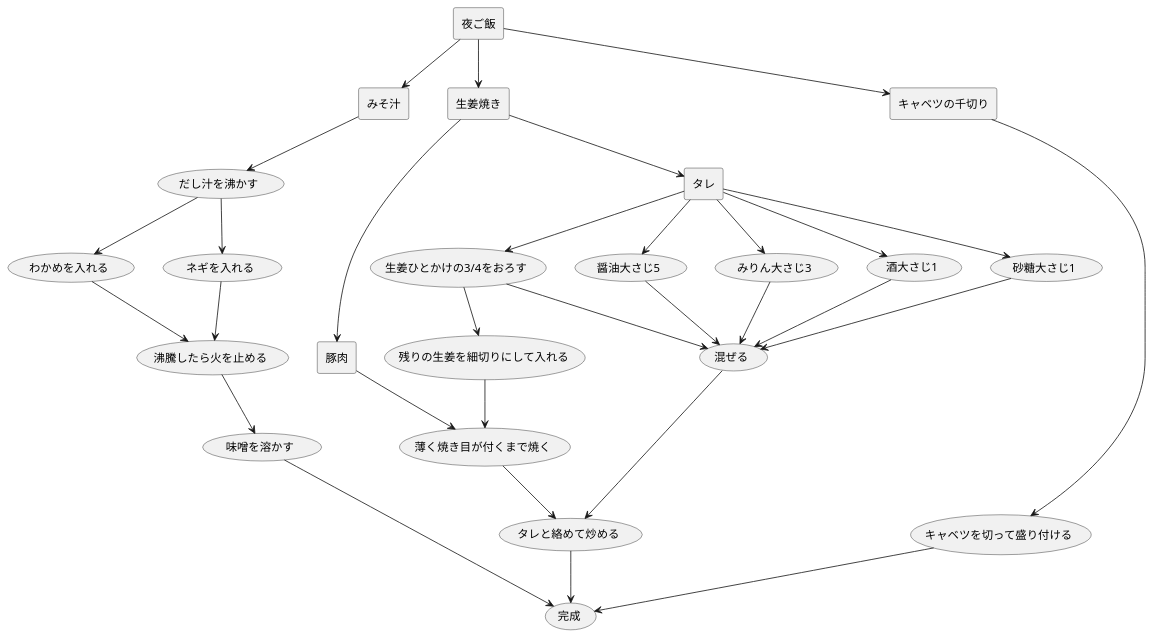
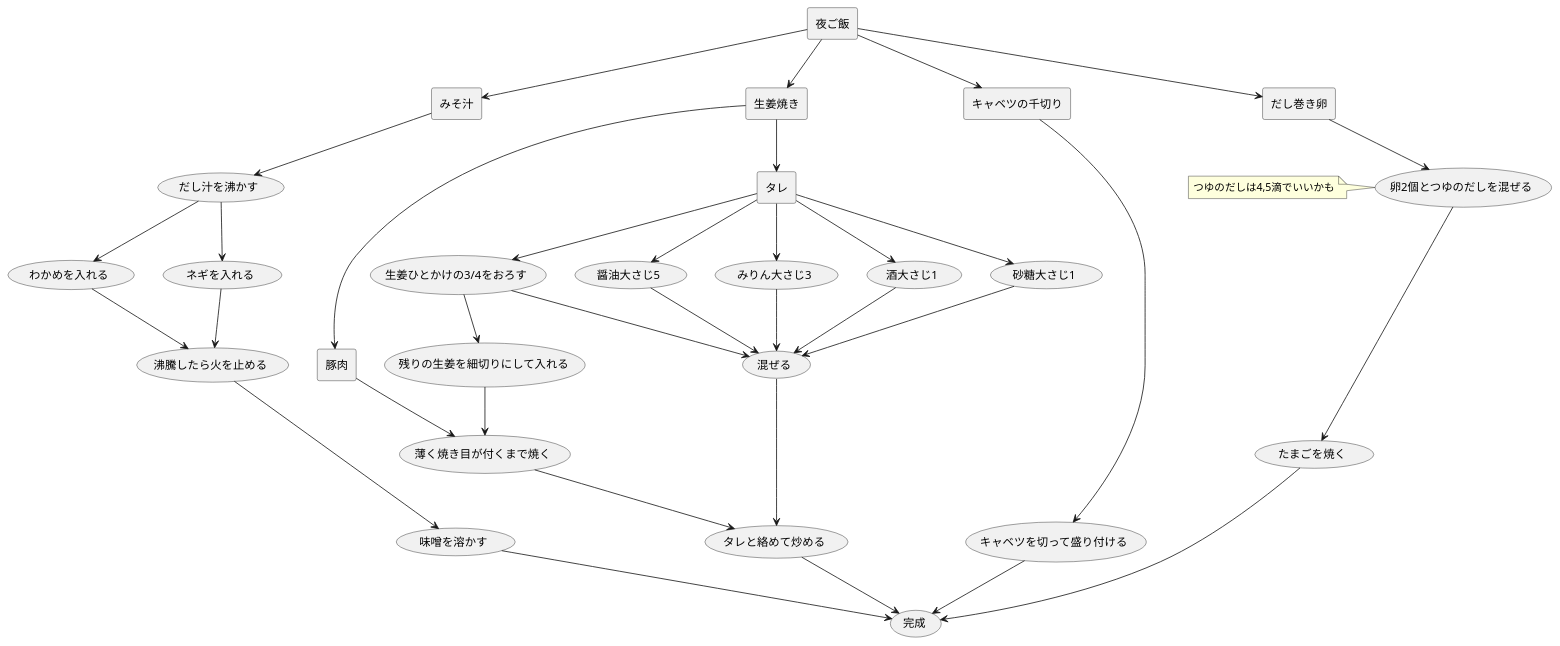
One commit to ddddddO/gdag changed the diagram in _example/dinner/dag.pu. Above: the diagram before and after it, drawn with PlantUML. The commit also changed other lines of this file and 3 other files, not shown here.

```diff
--- a/_example/dinner/dag.pu
+++ b/_example/dinner/dag.pu
@@ -1,56 +1,66 @@
 @startuml
 rectangle "夜ご飯" as 1
 rectangle "みそ汁" as 2
 usecase "だし汁を沸かす" as 3
 usecase "わかめを入れる" as 4
 usecase "沸騰したら火を止める" as 6
 usecase "味噌を溶かす" as 7
-usecase "完成" as 22
+usecase "完成" as 25
 usecase "ネギを入れる" as 5
 rectangle "生姜焼き" as 8
 rectangle "豚肉" as 17
 usecase "薄く焼き目が付くまで焼く" as 18
 usecase "タレと絡めて炒める" as 19
 rectangle "タレ" as 9
 usecase "生姜ひとかけの3/4をおろす" as 10
 usecase "残りの生姜を細切りにして入れる" as 11
 usecase "混ぜる" as 16
 usecase "醤油大さじ5" as 12
 usecase "みりん大さじ3" as 13
 usecase "酒大さじ1" as 14
 usecase "砂糖大さじ1" as 15
 rectangle "キャベツの千切り" as 20
 usecase "キャベツを切って盛り付ける" as 21
+rectangle "だし巻き卵" as 22
+usecase "卵2個とつゆのだしを混ぜる" as 23
+note left
+つゆのだしは4,5滴でいいかも
+end note
+usecase "たまごを焼く" as 24
 
 1 --> 2
 2 --> 3
 3 --> 4
 4 --> 6
 6 --> 7
-7 --> 22
+7 --> 25
 3 --> 5
 5 --> 6
 1 --> 8
 8 --> 17
 17 --> 18
 18 --> 19
-19 --> 22
+19 --> 25
 8 --> 9
 9 --> 10
 10 --> 11
 11 --> 18
 10 --> 16
 16 --> 19
 9 --> 12
 12 --> 16
 9 --> 13
 13 --> 16
 9 --> 14
 14 --> 16
 9 --> 15
 15 --> 16
 1 --> 20
 20 --> 21
-21 --> 22
+21 --> 25
+1 --> 22
+22 --> 23
+23 --> 24
+24 --> 25
 
 @enduml
```
